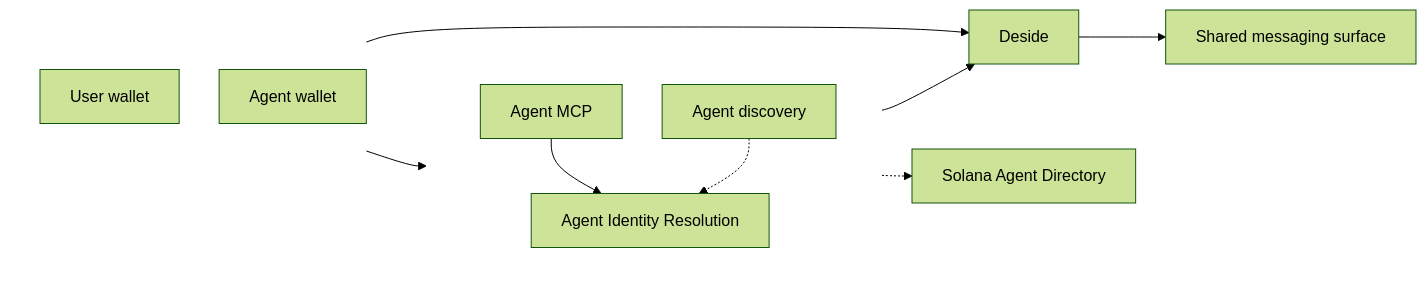
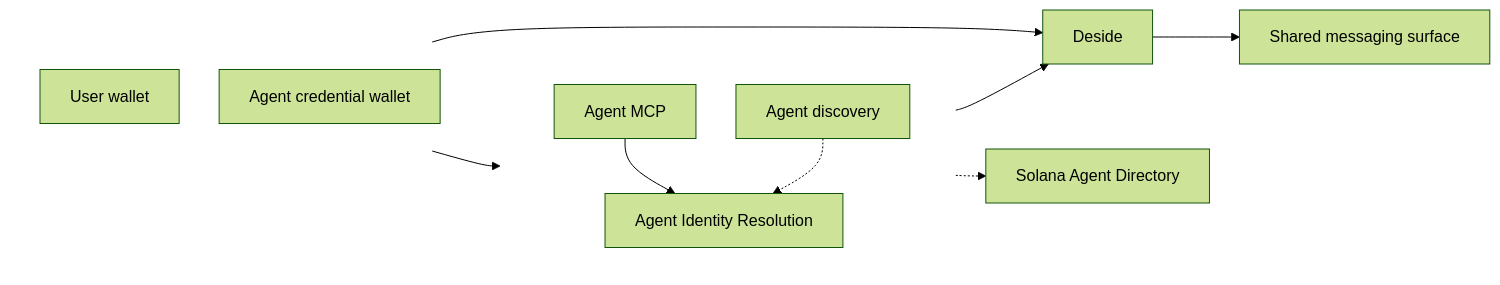
Before and after one commit to DesideApp/deside-app: the diagram in README.md, drawn with Mermaid (forest theme). The commit also changed other lines of this file and 6 other files, not shown here.

````diff
--- a/README.md
+++ b/README.md
@@ -61,28 +73,28 @@
 ```mermaid
 %%{init: {'flowchart': {'nodeSpacing': 40, 'rankSpacing': 30}} }%%
 flowchart LR
     subgraph L[ ]
         direction TB
         U[User wallet]
-        A[Agent wallet]
+        A[Agent credential wallet]
     end
 
     subgraph M1[ ]
         direction TB
         M[Agent MCP]
         I[Agent Identity Resolution]
         D[Agent discovery]
     end
 
     A --> M
 
     U --> X[Deside]
     M --> I
     I --> X
     I -.-> S[Solana Agent Directory]
     X --> C[Shared messaging surface]
     D -.-> I
 
     style L fill:none,stroke:none
     style M1 fill:none,stroke:none
 ```
````
